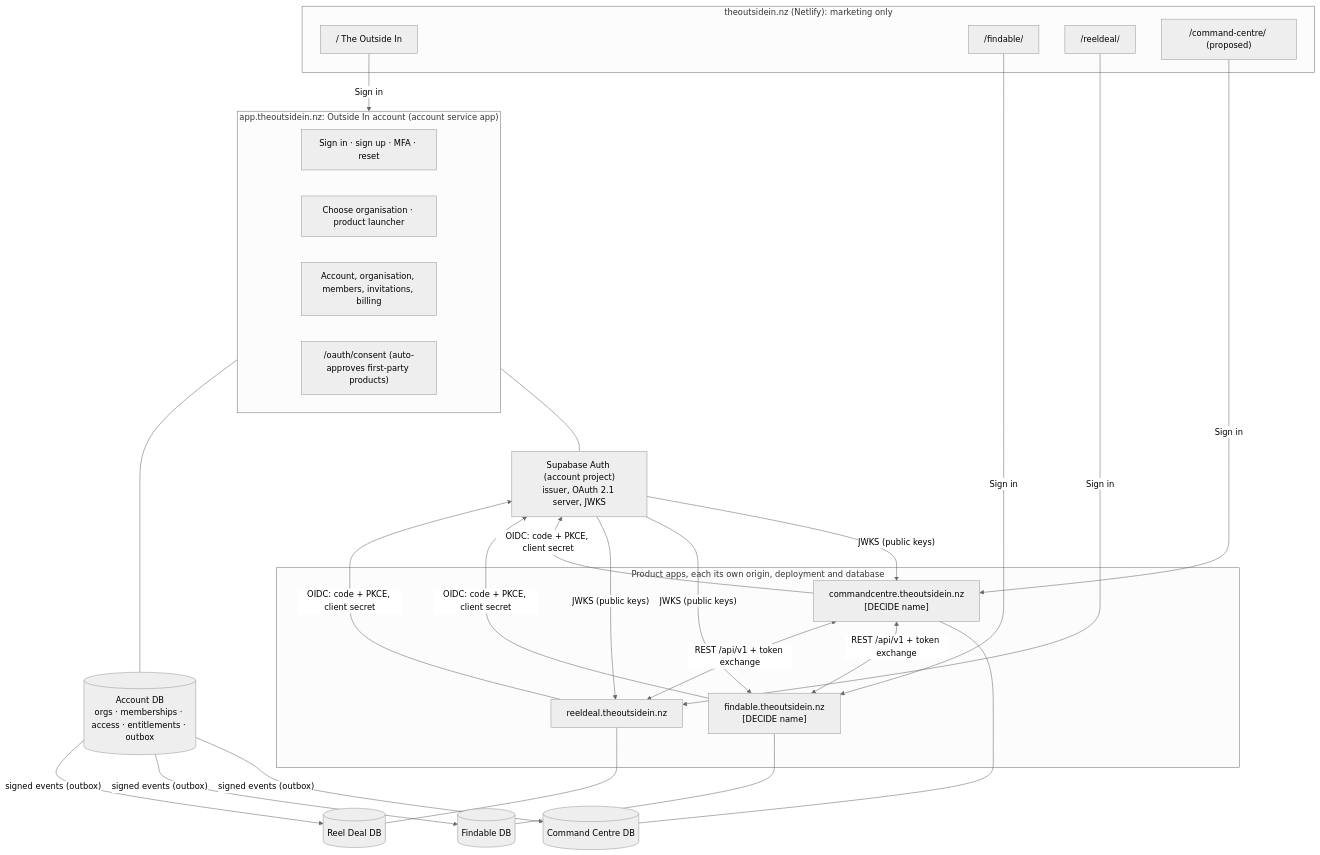
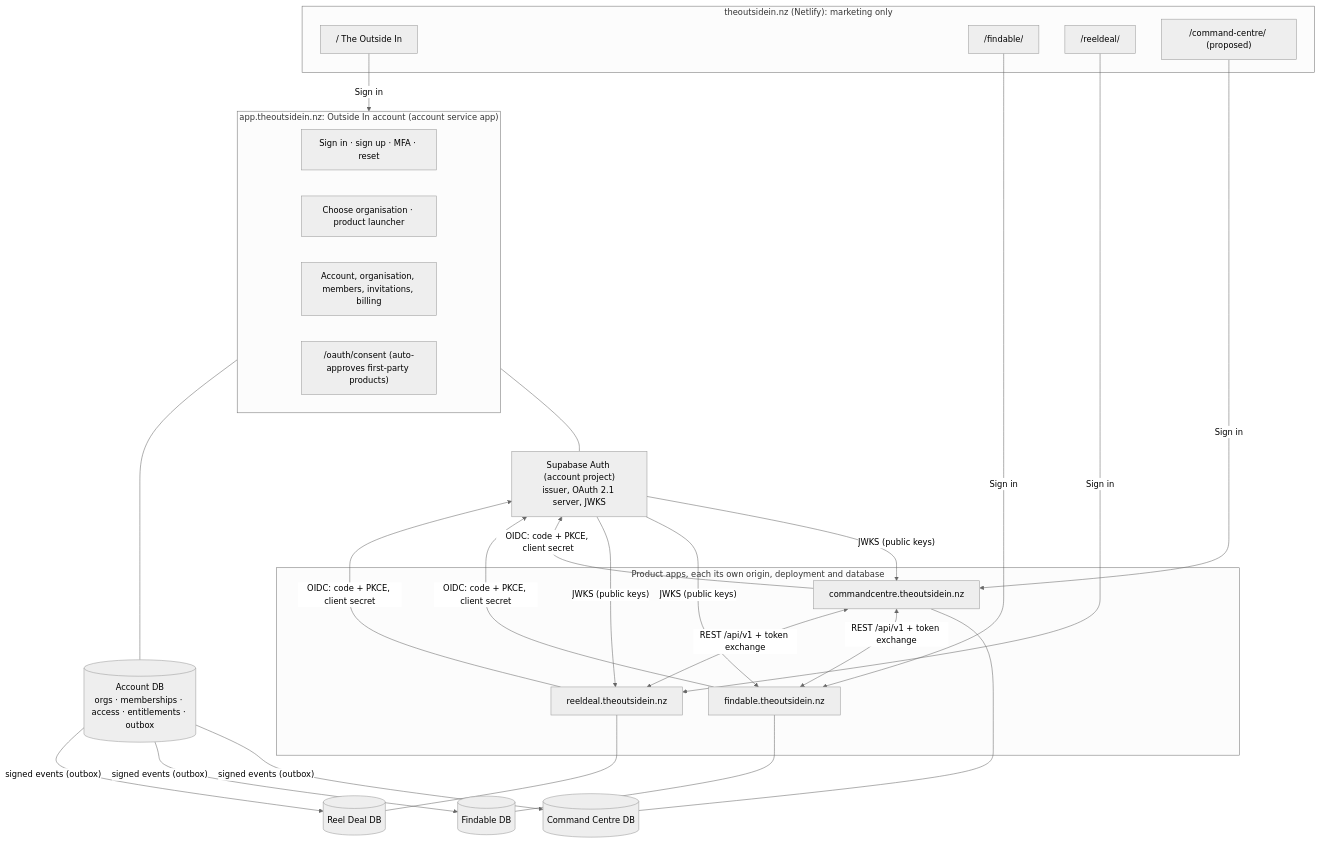
Before and after one commit to anigemmill/outsideinprojects: the diagram in docs/identity-architecture.md, drawn with Mermaid (neutral theme). The commit also changed other lines of this file and 9 other files, not shown here.

First line of the commit message:
Record D1–D7; security review; integration and migration plans; revised roadmap

````diff
--- a/docs/identity-architecture.md
+++ b/docs/identity-architecture.md
@@ -79,39 +80,39 @@
 ```mermaid
 flowchart TB
   subgraph Web["theoutsidein.nz (Netlify): marketing only"]
     W1["/ The Outside In"]
     W2["/findable/"]
     W3["/reeldeal/"]
     W4["/command-centre/ (proposed)"]
   end
   subgraph Hub["app.theoutsidein.nz: Outside In account (account service app)"]
     H1["Sign in · sign up · MFA · reset"]
     H2["Choose organisation · product launcher"]
     H3["Account, organisation, members, invitations, billing"]
     H4["/oauth/consent (auto-approves first-party products)"]
   end
   AUTH["Supabase Auth (account project)<br/>issuer, OAuth 2.1 server, JWKS"]
   ADB[("Account DB<br/>orgs · memberships · access · entitlements · outbox")]
   subgraph Products["Product apps, each its own origin, deployment and database"]
-    CC["commandcentre.theoutsidein.nz<br/>[DECIDE name]"]
-    FD["findable.theoutsidein.nz<br/>[DECIDE name]"]
+    CC["commandcentre.theoutsidein.nz"]
+    FD["findable.theoutsidein.nz"]
     RD["reeldeal.theoutsidein.nz"]
   end
   CCDB[("Command Centre DB")]
   FDDB[("Findable DB")]
   RDDB[("Reel Deal DB")]
   W2 -- "Sign in" --> FD
   W3 -- "Sign in" --> RD
   W4 -- "Sign in" --> CC
   W1 -- "Sign in" --> Hub
   Hub --- AUTH
   Hub --- ADB
   CC & FD & RD -- "OIDC: code + PKCE, client secret" --> AUTH
   AUTH -- "JWKS (public keys)" --> CC & FD & RD
   ADB -- "signed events (outbox)" --> CCDB & FDDB & RDDB
   CC --- CCDB
   FD --- FDDB
   RD --- RDDB
   CC <-- "REST /api/v1 + token exchange" --> FD
   CC <-- "REST /api/v1 + token exchange" --> RD
 ```
````
